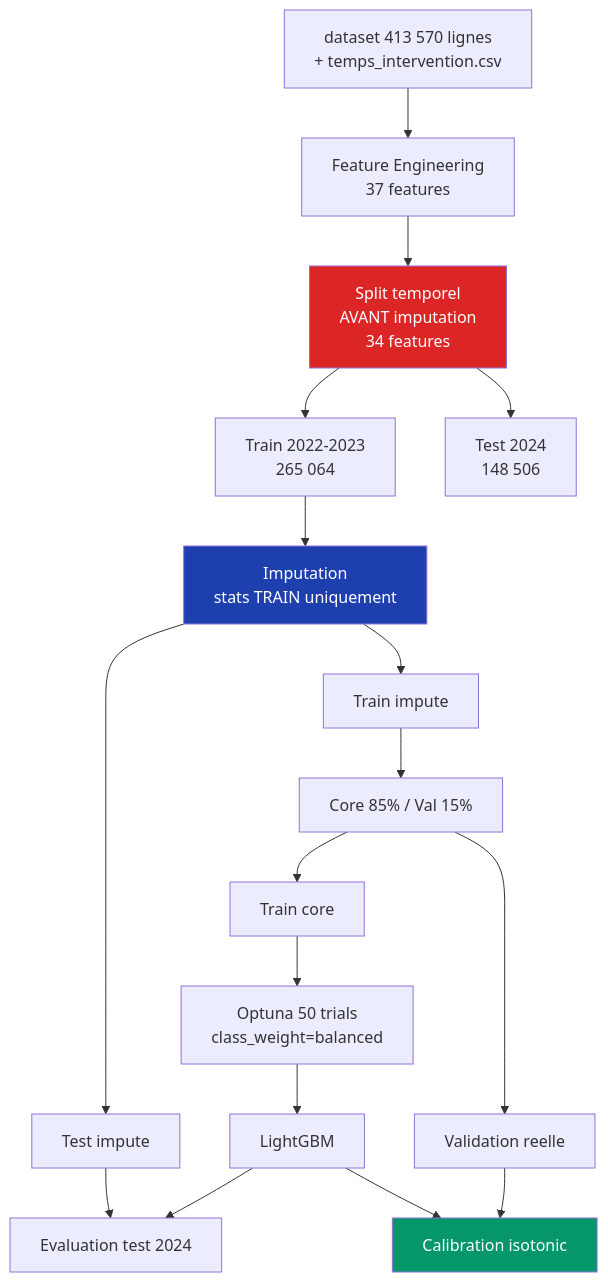
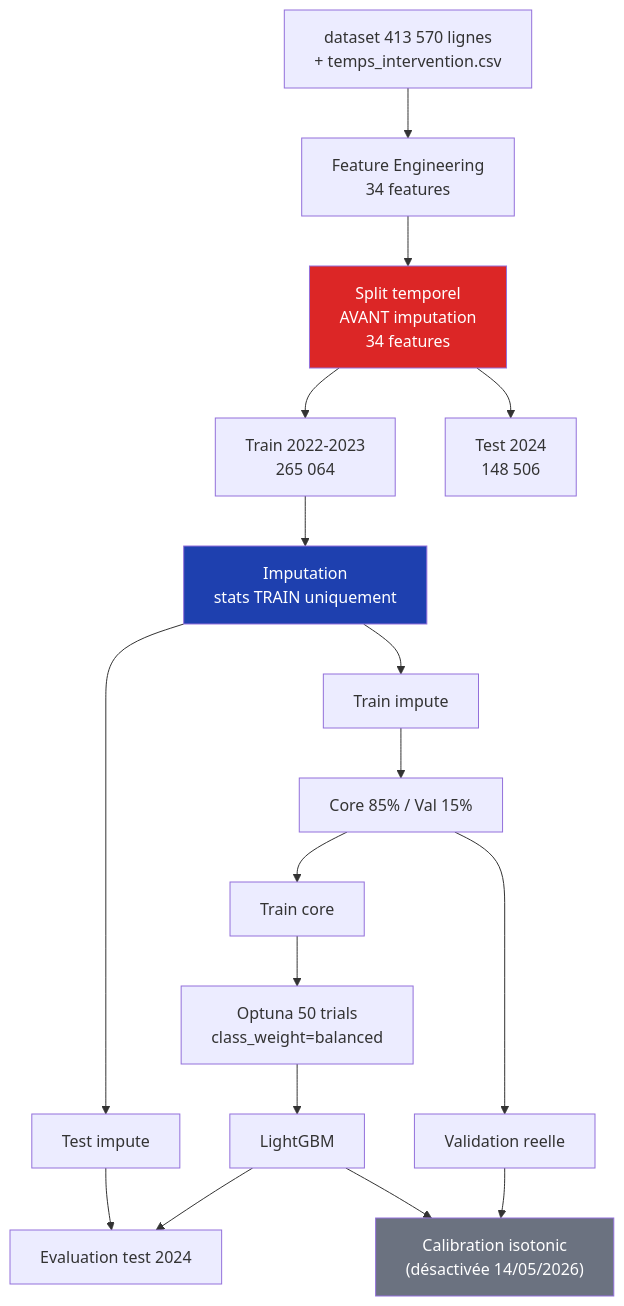
One commit to Meriem69/Routezone changed the fourth of 6 diagrams in README.md. Above: the diagram before and after it, drawn with Mermaid. The commit also changed other lines of this file, not shown here.

````diff
--- a/README.md
+++ b/README.md
@@ -142,27 +142,27 @@
 ```mermaid
 flowchart TB
     DATA["dataset 413 570 lignes<br/>+ temps_intervention.csv"]
-    DATA --> FE["Feature Engineering<br/>37 features"]
+    DATA --> FE["Feature Engineering<br/>34 features"]
     FE --> SPLIT["Split temporel<br/>AVANT imputation<br/>34 features"]
 
     SPLIT --> TRAIN["Train 2022-2023<br/>265 064"]
     SPLIT --> TEST["Test 2024<br/>148 506"]
 
     TRAIN --> IMPUTE["Imputation<br/>stats TRAIN uniquement"]
     IMPUTE --> TRAIN2["Train impute"]
     IMPUTE --> TEST2["Test impute"]
     TRAIN2 --> SPLIT2["Core 85% / Val 15%"]
 
     SPLIT2 --> CORE["Train core"]
     SPLIT2 --> VAL["Validation reelle"]
     CORE --> OPTUNA["Optuna 50 trials<br/>class_weight=balanced"]
     OPTUNA --> MODEL["LightGBM"]
     MODEL --> EVAL["Evaluation test 2024"]
     TEST2 --> EVAL
-    VAL --> CALIB["Calibration isotonic"]
+    VAL --> CALIB["Calibration isotonic<br/>(désactivée 14/05/2026)"]
     MODEL --> CALIB
 
     style SPLIT fill:#dc2626,color:#fff
     style IMPUTE fill:#1e40af,color:#fff
-    style CALIB fill:#059669,color:#fff
+    style CALIB fill:#6b7280,color:#fff
 ```
````
